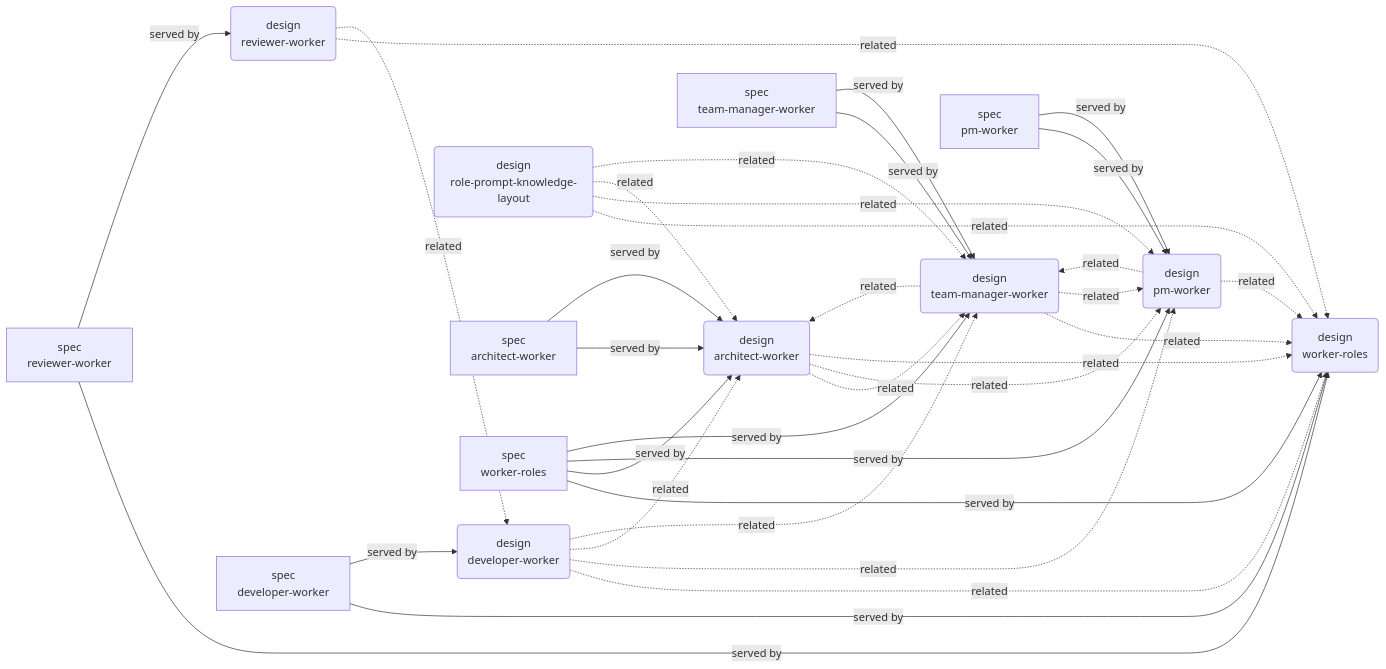
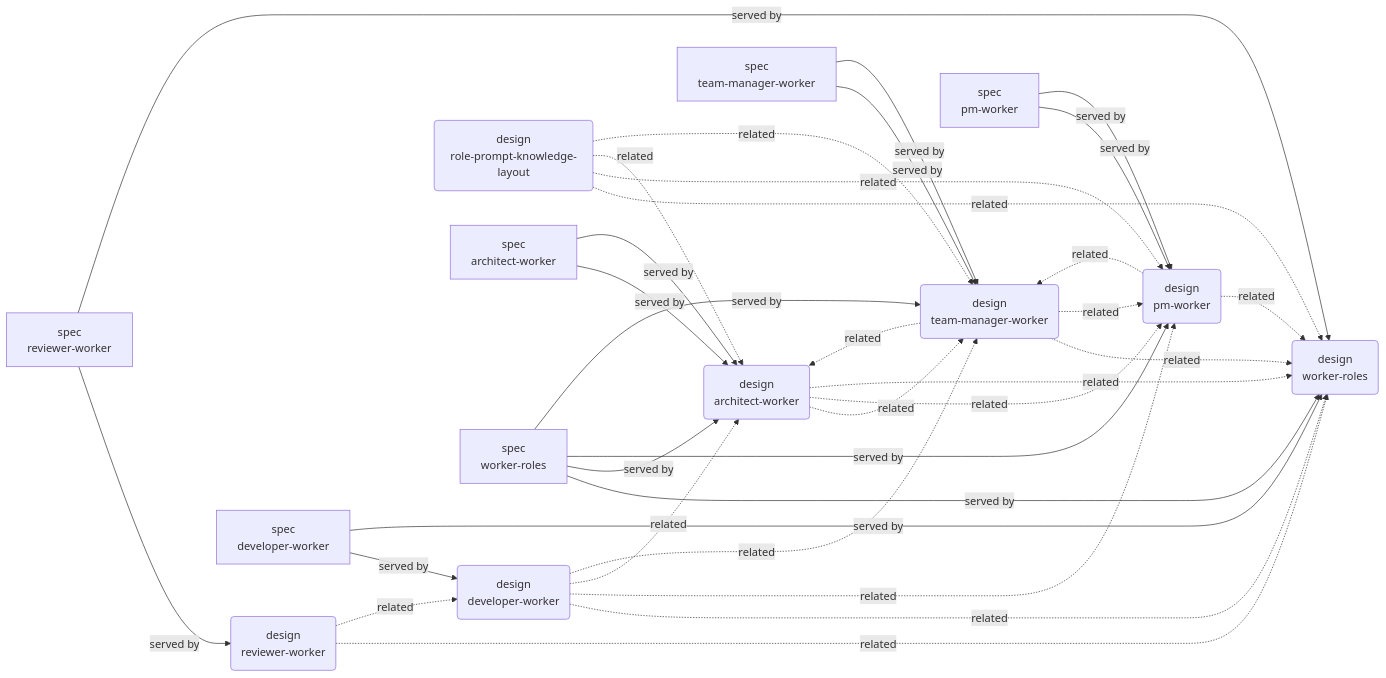
The second of 6 diagrams in system/GRAPH.md (coder-devx/coder-system), drawn with Mermaid before and after one commit. The commit also changed other lines of this file and 1 other file, not shown here.

First line of the commit message:
fix(scripts): sort member_keys when emitting graph edges

````diff
--- a/system/GRAPH.md
+++ b/system/GRAPH.md
@@ -90,48 +90,48 @@
 ```mermaid
 flowchart LR
   n000("design<br/>architect-worker")
   n001("design<br/>developer-worker")
   n002("design<br/>pm-worker")
   n003("design<br/>reviewer-worker")
   n004("design<br/>role-prompt-knowledge-layout")
   n005("design<br/>team-manager-worker")
   n006("design<br/>worker-roles")
   n007["spec<br/>architect-worker"]
   n008["spec<br/>developer-worker"]
   n009["spec<br/>pm-worker"]
   n010["spec<br/>reviewer-worker"]
   n011["spec<br/>team-manager-worker"]
   n012["spec<br/>worker-roles"]
-  n008 -->|served by| n006
   n007 -->|served by| n000
-  n012 -->|served by| n006
-  n012 -->|served by| n000
-  n012 -->|served by| n002
-  n012 -->|served by| n005
-  n011 -->|served by| n005
-  n009 -->|served by| n002
-  n010 -->|served by| n006
+  n000 -.->|related| n005
+  n000 -.->|related| n002
+  n000 -.->|related| n006
   n008 -->|served by| n001
   n001 -.->|related| n006
   n001 -.->|related| n002
   n001 -.->|related| n000
   n001 -.->|related| n005
-  n007 -->|served by| n000
-  n000 -.->|related| n005
-  n000 -.->|related| n002
-  n000 -.->|related| n006
+  n009 -->|served by| n002
+  n002 -.->|related| n005
+  n002 -.->|related| n006
+  n010 -->|served by| n003
+  n003 -.->|related| n006
+  n003 -.->|related| n001
   n004 -.->|related| n006
   n004 -.->|related| n002
   n004 -.->|related| n000
   n004 -.->|related| n005
   n011 -->|served by| n005
   n005 -.->|related| n006
   n005 -.->|related| n000
   n005 -.->|related| n002
+  n007 -->|served by| n000
+  n008 -->|served by| n006
   n009 -->|served by| n002
-  n002 -.->|related| n005
-  n002 -.->|related| n006
-  n010 -->|served by| n003
-  n003 -.->|related| n006
-  n003 -.->|related| n001
+  n010 -->|served by| n006
+  n011 -->|served by| n005
+  n012 -->|served by| n006
+  n012 -->|served by| n000
+  n012 -->|served by| n002
+  n012 -->|served by| n005
 ```
````
